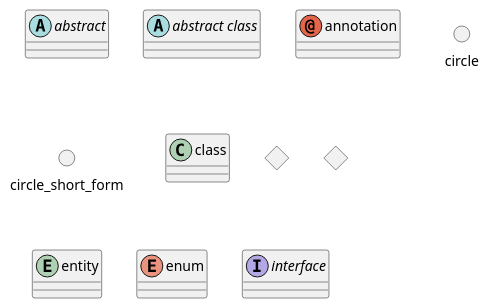
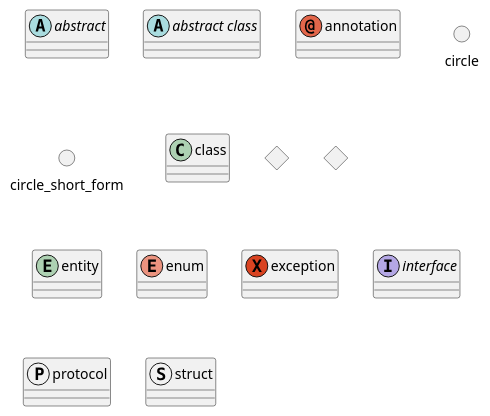
One commit to The-Lum/puml-themes-gallery changed the diagram in input/Class.puml. Above: the diagram before and after it, drawn with PlantUML.

Commit message:
upd: Add `protocol`, `struct` and `exception`
Add new types:
- protocol
- struct
- exception

_Ref.:_
- plantuml/plantuml#1028
- plantuml/plantuml#1056

```diff
--- a/input/Class.puml
+++ b/input/Class.puml
@@ -1,13 +1,16 @@
 @startuml
 abstract        abstract
 abstract class  "abstract class"
 annotation      annotation
 circle          circle
 ()              circle_short_form
 class           class
 diamond         diamond
 <>              diamond_short_form
 entity          entity
 enum            enum
+exception       exception
 interface       interface
+protocol        protocol
+struct          struct
 @enduml
```
